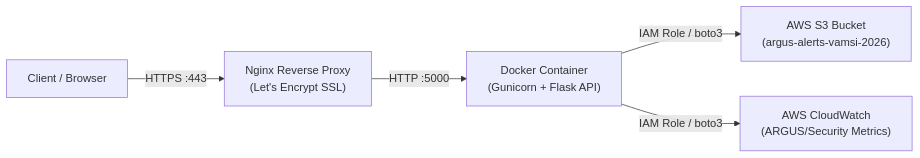
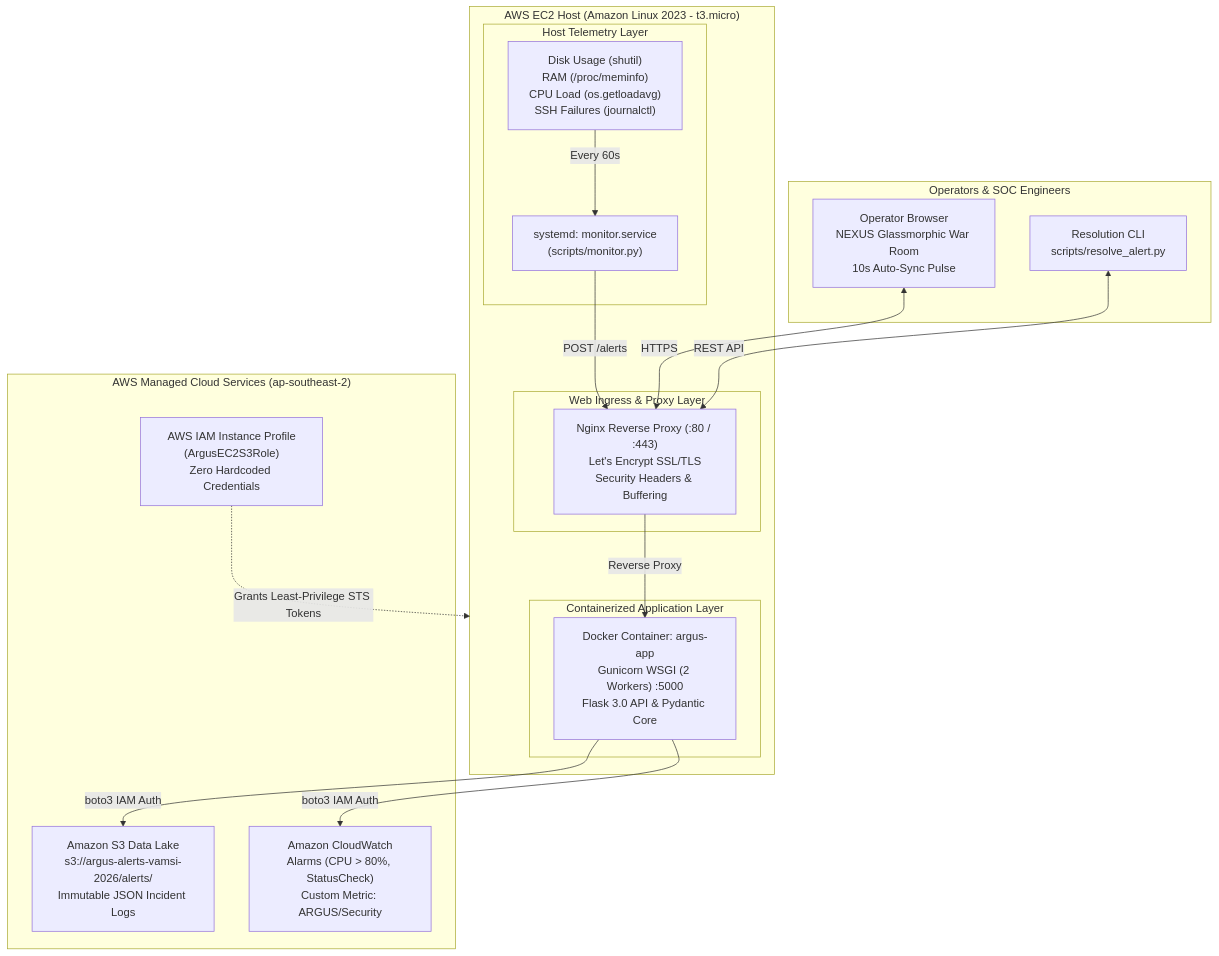
Before and after one commit to vamsimuddada/Argus: the diagram in README.md, drawn with Mermaid. The commit also changed other lines of this file and 3 other files, not shown here.

Commit message:
docs: polish README with full SRE runbook, architecture, and CI/CD fix

````diff
--- a/README.md
+++ b/README.md
@@ -16,7 +29,39 @@
 ```mermaid
-flowchart LR
-    Client["Client / Browser"] -->|HTTPS :443| Nginx["Nginx Reverse Proxy\n(Let's Encrypt SSL)"]
-    Nginx -->|HTTP :5000| Docker["Docker Container\n(Gunicorn + Flask API)"]
-    Docker -->|IAM Role / boto3| S3["AWS S3 Bucket\n(argus-alerts-vamsi-2026)"]
-    Docker -->|IAM Role / boto3| CW["AWS CloudWatch\n(ARGUS/Security Metrics)"]
+flowchart TD
+    subgraph Host["AWS EC2 Host (Amazon Linux 2023 - t3.micro)"]
+        subgraph Daemon["Host Telemetry Layer"]
+            Systemd["systemd: monitor.service\n(scripts/monitor.py)"]
+            Metrics["Disk Usage (shutil)\nRAM (/proc/meminfo)\nCPU Load (os.getloadavg)\nSSH Failures (journalctl)"]
+            Metrics -->|Every 60s| Systemd
+        end
+
+        subgraph Ingress["Web Ingress & Proxy Layer"]
+            Nginx["Nginx Reverse Proxy (:80 / :443)\nLet's Encrypt SSL/TLS\nSecurity Headers & Buffering"]
+        end
+
+        subgraph Container["Containerized Application Layer"]
+            Docker["Docker Container: argus-app\nGunicorn WSGI (2 Workers) :5000\nFlask 3.0 API & Pydantic Core"]
+        end
+
+        Systemd -->|POST /alerts| Nginx
+        Nginx -->|Reverse Proxy| Docker
+    end
+
+    subgraph AWSCloud["AWS Managed Cloud Services (ap-southeast-2)"]
+        IAM["AWS IAM Instance Profile\n(ArgusEC2S3Role)\nZero Hardcoded Credentials"]
+        S3["Amazon S3 Data Lake\ns3://argus-alerts-vamsi-2026/alerts/\nImmutable JSON Incident Logs"]
+        CW["Amazon CloudWatch\nAlarms (CPU > 80%, StatusCheck)\nCustom Metric: ARGUS/Security"]
+    end
+
+    Docker -->|boto3 IAM Auth| S3
+    Docker -->|boto3 IAM Auth| CW
+    IAM -.->|Grants Least-Privilege STS Tokens| Host
+
+    subgraph Clients["Operators & SOC Engineers"]
+        Browser["Operator Browser\nNEXUS Glassmorphic War Room\n10s Auto-Sync Pulse"]
+        CLI["Resolution CLI\nscripts/resolve_alert.py"]
+    end
+
+    Browser <-->|HTTPS| Nginx
+    CLI <-->|REST API| Nginx
 ```
````
